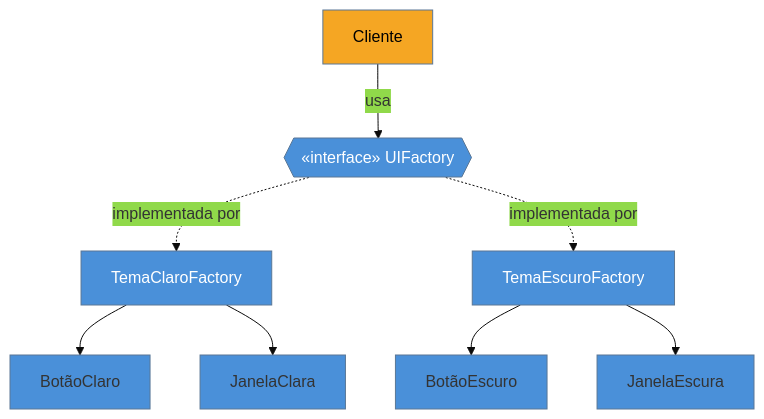
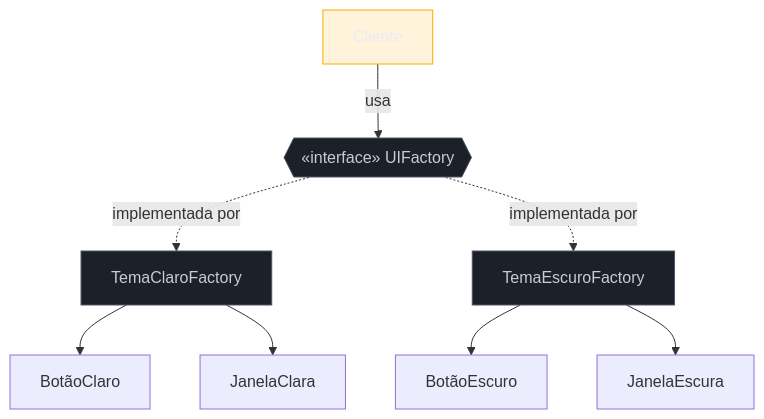
Before and after one commit to josenaldo/codex-technomanticus: the diagram in 03-Dominios/Engenharia/Design de Software/Padrões de Projeto/Clássicos (GoF)/04 - Abstract Factory.md, drawn with Mermaid. The commit also changed 1181 other files, not shown here.

First line of the commit message:
fix(diagramas): paleta do sistema no lugar de cor cravada no markdown

````diff
--- a/03-Dominios/Engenharia/Design de Software/Padrões de Projeto/Clássicos (GoF)/04 - Abstract Factory.md
+++ b/03-Dominios/Engenharia/Design de Software/Padrões de Projeto/Clássicos (GoF)/04 - Abstract Factory.md
@@ -35,14 +35,15 @@
 ```mermaid
-%%{init: {"theme": "base", "themeVariables": {"primaryColor": "#4A90D9"}}}%%
 graph TD
+    classDef neutro fill:#1B2029,stroke:#4E5666,color:#C6CCD8
+    classDef destaque fill:#FFAA0024,stroke:#FFAA00,color:#E9ECF2
     Cliente -->|usa| AF{{«interface» UIFactory}}
     AF -.implementada por.-> Claro[TemaClaroFactory]
     AF -.implementada por.-> Escuro[TemaEscuroFactory]
     Claro --> BC[BotãoClaro] & JC[JanelaClara]
     Escuro --> BE[BotãoEscuro] & JE[JanelaEscura]
 
-    style AF fill:#4A90D9,color:#fff
-    style Claro fill:#4A90D9,color:#fff
-    style Escuro fill:#4A90D9,color:#fff
-    style Cliente fill:#F5A623,color:#000
+    class AF neutro
+    class Claro neutro
+    class Escuro neutro
+    class Cliente destaque
 ```
````
